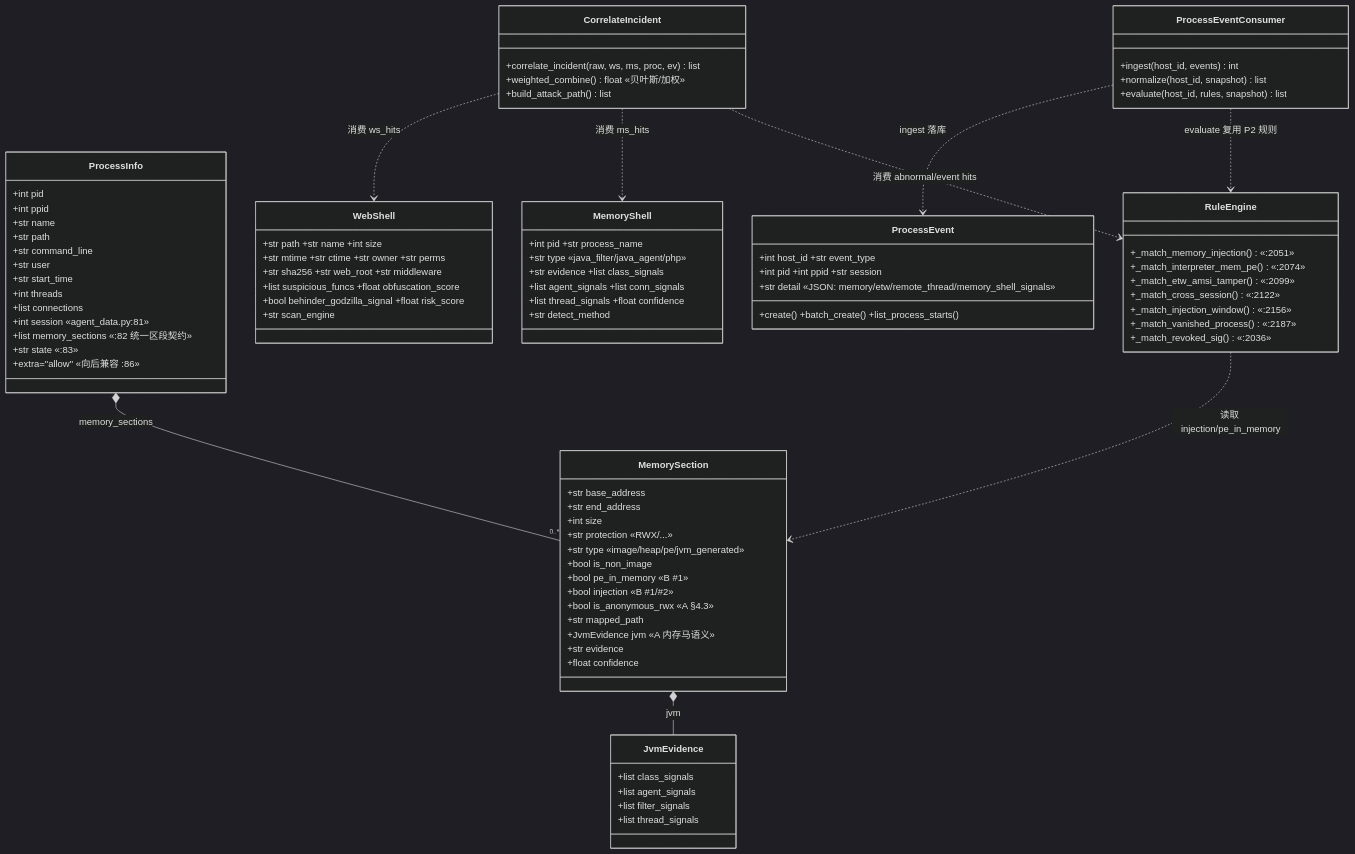
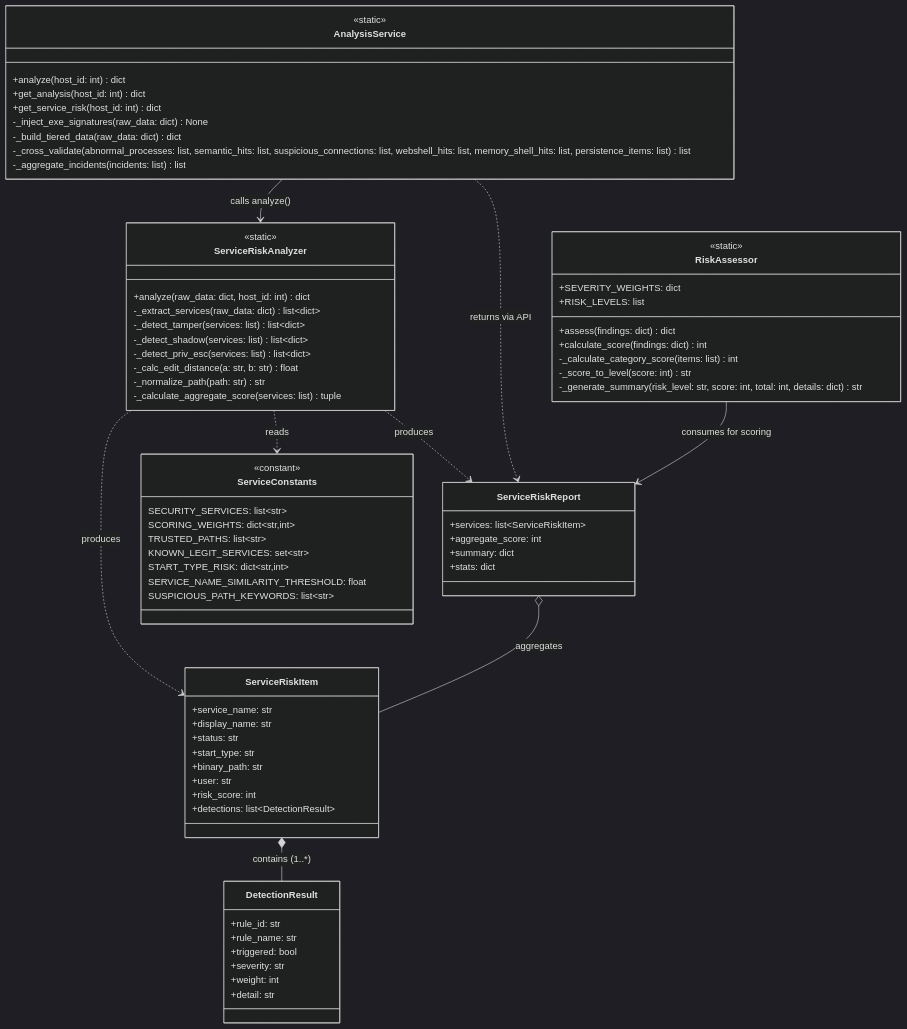
One commit to xyz0915/ir-platform changed the diagram in docs/class-diagram.mermaid. Above: the diagram before and after it, drawn with Mermaid (dark theme). The commit also changed 31 other files, not shown here.

```diff
--- a/docs/class-diagram.mermaid
+++ b/docs/class-diagram.mermaid
@@ -1,86 +1,81 @@
 classDiagram
-    class ProcessInfo {
-        +int pid
-        +int ppid
-        +str name
-        +str path
-        +str command_line
-        +str user
-        +str start_time
-        +int threads
-        +list connections
-        +int session  «agent_data.py:81»
-        +list memory_sections  «:82 统一区段契约»
-        +str state  «:83»
-        +extra="allow"  «向后兼容 :86»
+    class ServiceRiskAnalyzer {
+        <<static>>
+        +analyze(raw_data: dict, host_id: int) dict
+        -_extract_services(raw_data: dict) list~dict~
+        -_detect_tamper(services: list) list~dict~
+        -_detect_shadow(services: list) list~dict~
+        -_detect_priv_esc(services: list) list~dict~
+        -_calc_edit_distance(a: str, b: str) float
+        -_normalize_path(path: str) str
+        -_calculate_aggregate_score(services: list) tuple
     }
-    class MemorySection {
-        +str base_address
-        +str end_address
-        +int size
-        +str protection  «RWX/...»
-        +str type  «image/heap/pe/jvm_generated»
-        +bool is_non_image
-        +bool pe_in_memory  «B #1»
-        +bool injection  «B #1/#2»
-        +bool is_anonymous_rwx  «A §4.3»
-        +str mapped_path
-        +JvmEvidence jvm  «A 内存马语义»
-        +str evidence
-        +float confidence
+
+    class ServiceRiskItem {
+        +service_name: str
+        +display_name: str
+        +status: str
+        +start_type: str
+        +binary_path: str
+        +user: str
+        +risk_score: int
+        +detections: list~DetectionResult~
     }
-    class JvmEvidence {
-        +list class_signals
-        +list agent_signals
-        +list filter_signals
-        +list thread_signals
+
+    class DetectionResult {
+        +rule_id: str
+        +rule_name: str
+        +triggered: bool
+        +severity: str
+        +weight: int
+        +detail: str
     }
-    class WebShell {
-        +str path +str name +int size
-        +str mtime +str ctime +str owner +str perms
-        +str sha256 +str web_root +str middleware
-        +list suspicious_funcs +float obfuscation_score
-        +bool behinder_godzilla_signal +float risk_score
-        +str scan_engine
+
+    class ServiceRiskReport {
+        +services: list~ServiceRiskItem~
+        +aggregate_score: int
+        +summary: dict
+        +stats: dict
     }
-    class MemoryShell {
-        +int pid +str process_name
-        +str type  «java_filter/java_agent/php»
-        +str evidence +list class_signals
-        +list agent_signals +list conn_signals
-        +list thread_signals +float confidence
-        +str detect_method
+
+    class RiskAssessor {
+        <<static>>
+        +SEVERITY_WEIGHTS: dict
+        +RISK_LEVELS: list
+        +assess(findings: dict) dict
+        +calculate_score(findings: dict) int
+        -_calculate_category_score(items: list) int
+        -_score_to_level(score: int) str
+        -_generate_summary(risk_level: str, score: int, total: int, details: dict) str
     }
-    class ProcessEvent {
-        +int host_id +str event_type
-        +int pid +int ppid +str session
-        +str detail  «JSON: memory/etw/remote_thread/memory_shell_signals»
-        +create() +batch_create() +list_process_starts()
+
+    class AnalysisService {
+        <<static>>
+        +analyze(host_id: int) dict
+        +get_analysis(host_id: int) dict
+        +get_service_risk(host_id: int) dict
+        -_inject_exe_signatures(raw_data: dict) None
+        -_build_tiered_data(raw_data: dict) dict
+        -_cross_validate(abnormal_processes: list, semantic_hits: list, suspicious_connections: list, webshell_hits: list, memory_shell_hits: list, persistence_items: list) list
+        -_aggregate_incidents(incidents: list) list
     }
-    class ProcessEventConsumer {
-        +ingest(host_id, events) int
-        +normalize(host_id, snapshot) list
-        +evaluate(host_id, rules, snapshot) list
+
+    class ServiceConstants {
+        <<constant>>
+        SECURITY_SERVICES: list~str~
+        SCORING_WEIGHTS: dict~str,int~
+        TRUSTED_PATHS: list~str~
+        KNOWN_LEGIT_SERVICES: set~str~
+        START_TYPE_RISK: dict~str,int~
+        SERVICE_NAME_SIMILARITY_THRESHOLD: float
+        SUSPICIOUS_PATH_KEYWORDS: list~str~
     }
-    class CorrelateIncident {
-        +correlate_incident(raw, ws, ms, proc, ev) list
-        +weighted_combine() float  «贝叶斯/加权»
-        +build_attack_path() list
-    }
-    class RuleEngine {
-        +_match_memory_injection()  «:2051»
-        +_match_interpreter_mem_pe()  «:2074»
-        +_match_etw_amsi_tamper()  «:2099»
-        +_match_cross_session()  «:2122»
-        +_match_injection_window()  «:2156»
-        +_match_vanished_process()  «:2187»
-        +_match_revoked_sig()  «:2036»
-    }
-    ProcessInfo *-- "0..*" MemorySection : memory_sections
-    MemorySection *-- JvmEvidence : jvm
-    ProcessEventConsumer ..> ProcessEvent : ingest 落库
-    ProcessEventConsumer ..> RuleEngine : evaluate 复用 P2 规则
-    RuleEngine ..> MemorySection : 读取 injection/pe_in_memory
-    CorrelateIncident ..> WebShell : 消费 ws_hits
-    CorrelateIncident ..> MemoryShell : 消费 ms_hits
-    CorrelateIncident ..> RuleEngine : 消费 abnormal/event hits
+
+    ServiceRiskAnalyzer ..> ServiceRiskItem : produces
+    ServiceRiskItem *-- DetectionResult : contains (1..*)
+    ServiceRiskAnalyzer ..> ServiceRiskReport : produces
+    ServiceRiskReport o-- ServiceRiskItem : aggregates
+    ServiceRiskAnalyzer ..> ServiceConstants : reads
+    AnalysisService --> ServiceRiskAnalyzer : calls analyze()
+    AnalysisService ..> ServiceRiskReport : returns via API
+    RiskAssessor --> ServiceRiskReport : consumes for scoring
```
